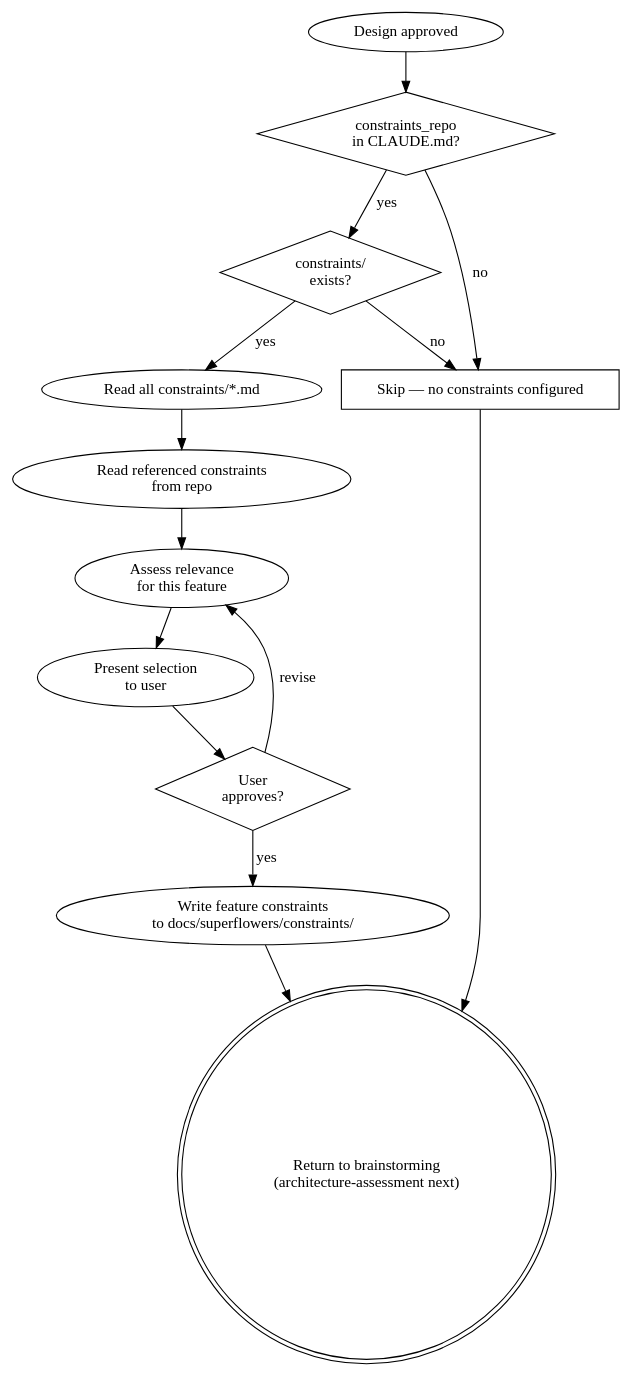
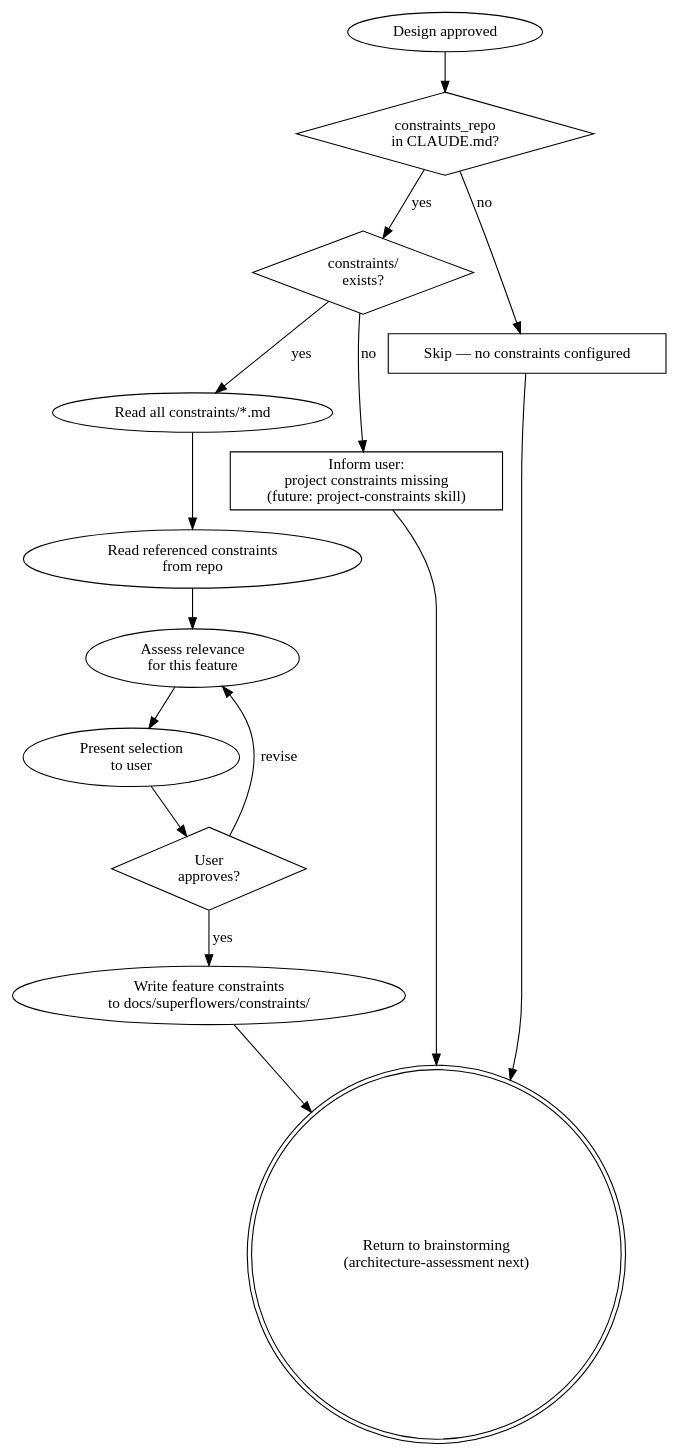
The diagram in skills/constraint-selection/SKILL.md (florian23/superflowers), drawn with Graphviz before and after one commit. The commit also changed other lines of this file, not shown here.

First line of the commit message:
Fix constraint-selection: inform user when project constraints missing

````diff
--- a/skills/constraint-selection/SKILL.md
+++ b/skills/constraint-selection/SKILL.md
@@ -36,29 +40,31 @@
 ```dot
 digraph constraint_selection {
   start [shape=ellipse, label="Design approved"];
   check_config [shape=diamond, label="constraints_repo\nin CLAUDE.md?"];
   check_dir [shape=diamond, label="constraints/\nexists?"];
   skip [shape=box, label="Skip — no constraints configured"];
   read_project [label="Read all constraints/*.md"];
   read_repo [label="Read referenced constraints\nfrom repo"];
   assess [label="Assess relevance\nfor this feature"];
   present [label="Present selection\nto user"];
   user_ok [shape=diamond, label="User\napproves?"];
   write [label="Write feature constraints\nto docs/superflowers/constraints/"];
   done [shape=doublecircle, label="Return to brainstorming\n(architecture-assessment next)"];
 
   start -> check_config;
   check_config -> check_dir [label="yes"];
   check_config -> skip [label="no"];
   check_dir -> read_project [label="yes"];
-  check_dir -> skip [label="no"];
+  inform_user [shape=box, label="Inform user:\nproject constraints missing\n(future: project-constraints skill)"];
+  check_dir -> inform_user [label="no"];
+  inform_user -> done;
   skip -> done;
   read_project -> read_repo;
   read_repo -> assess;
   assess -> present;
   present -> user_ok;
   user_ok -> write [label="yes"];
   user_ok -> assess [label="revise"];
   write -> done;
 }
 ```
````
